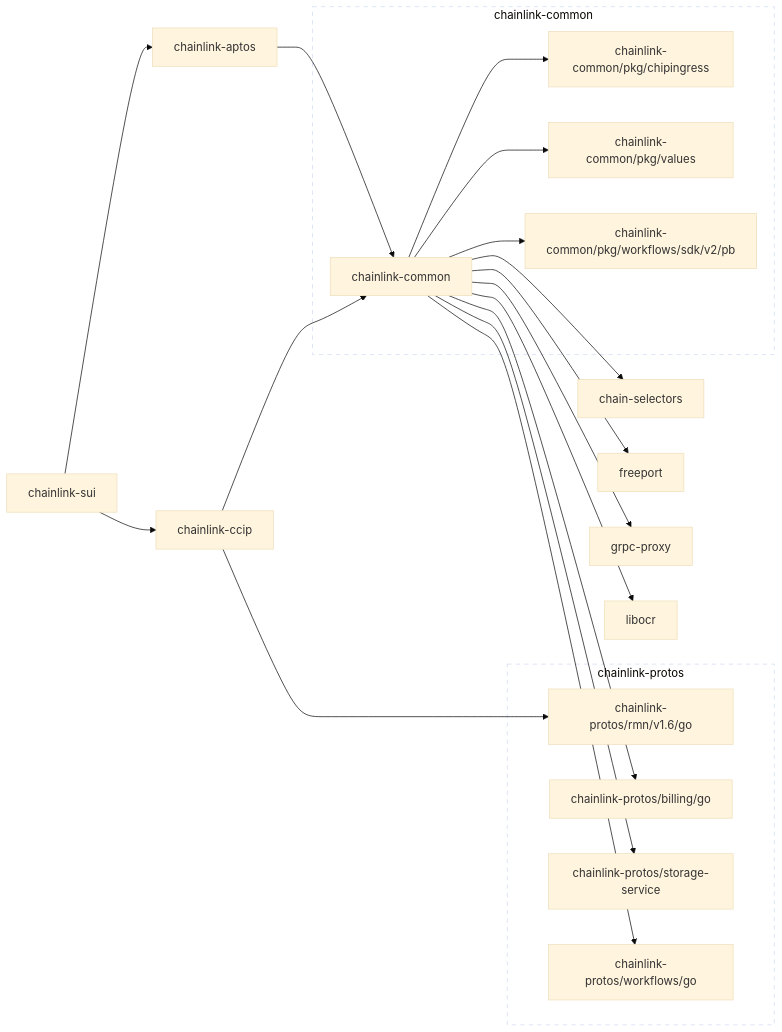
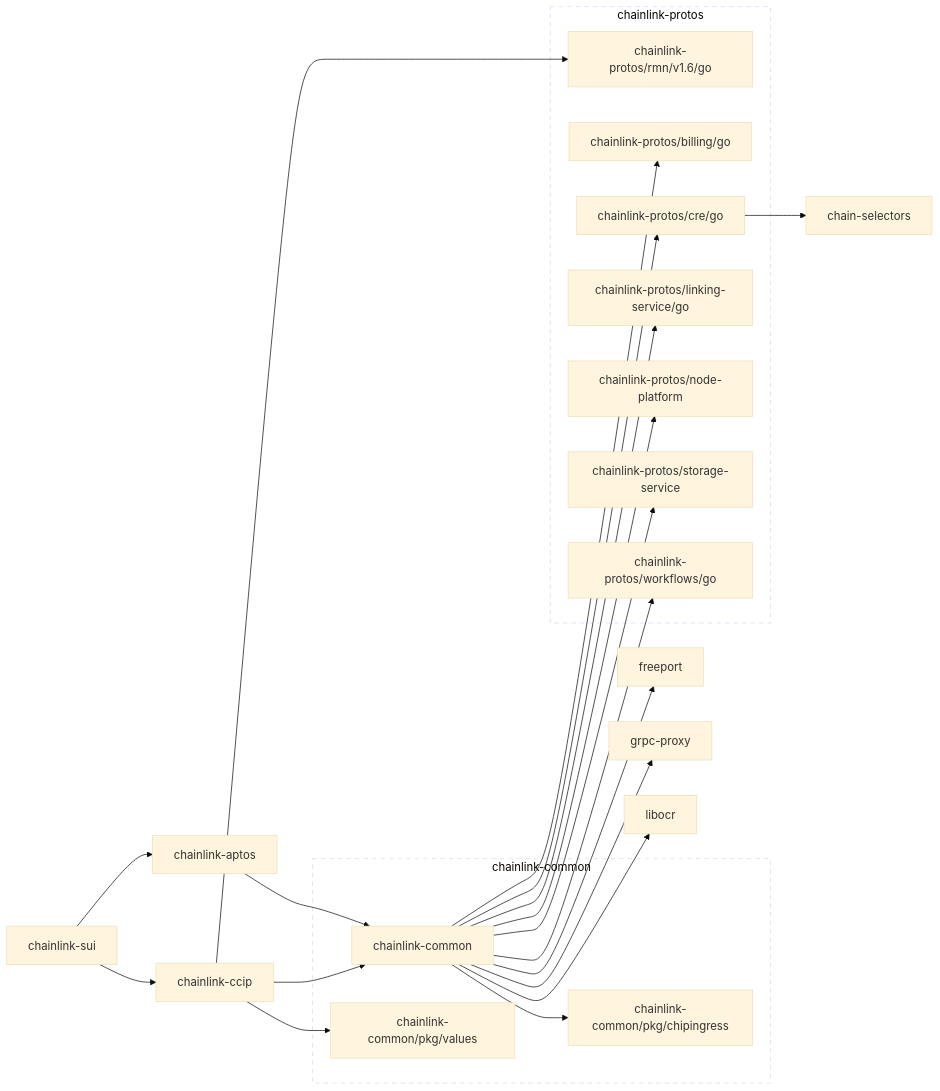
One commit to smartcontractkit/chainlink-sui changed the first of 2 diagrams in go.md. Above: the diagram before and after it, drawn with Mermaid (base theme). The commit also changed other lines of this file and 13 other files, not shown here.

First line of the commit message:
Update chainlink common + beholder changes (#343)

````diff
--- a/go.md
+++ b/go.md
@@ -3,64 +3,71 @@
 ```mermaid
 flowchart LR
 
 	chain-selectors
 	click chain-selectors href "https://github.com/smartcontractkit/chain-selectors"
 	chainlink-aptos --> chainlink-common
 	click chainlink-aptos href "https://github.com/smartcontractkit/chainlink-aptos"
 	chainlink-ccip --> chainlink-common
+	chainlink-ccip --> chainlink-common/pkg/values
 	chainlink-ccip --> chainlink-protos/rmn/v1.6/go
 	click chainlink-ccip href "https://github.com/smartcontractkit/chainlink-ccip"
-	chainlink-common --> chain-selectors
 	chainlink-common --> chainlink-common/pkg/chipingress
-	chainlink-common --> chainlink-common/pkg/values
-	chainlink-common --> chainlink-common/pkg/workflows/sdk/v2/pb
 	chainlink-common --> chainlink-protos/billing/go
+	chainlink-common --> chainlink-protos/cre/go
+	chainlink-common --> chainlink-protos/linking-service/go
+	chainlink-common --> chainlink-protos/node-platform
 	chainlink-common --> chainlink-protos/storage-service
 	chainlink-common --> chainlink-protos/workflows/go
 	chainlink-common --> freeport
 	chainlink-common --> grpc-proxy
 	chainlink-common --> libocr
 	click chainlink-common href "https://github.com/smartcontractkit/chainlink-common"
 	chainlink-common/pkg/chipingress
 	click chainlink-common/pkg/chipingress href "https://github.com/smartcontractkit/chainlink-common"
 	chainlink-common/pkg/values
 	click chainlink-common/pkg/values href "https://github.com/smartcontractkit/chainlink-common"
-	chainlink-common/pkg/workflows/sdk/v2/pb
-	click chainlink-common/pkg/workflows/sdk/v2/pb href "https://github.com/smartcontractkit/chainlink-common"
 	chainlink-protos/billing/go
 	click chainlink-protos/billing/go href "https://github.com/smartcontractkit/chainlink-protos"
+	chainlink-protos/cre/go --> chain-selectors
+	click chainlink-protos/cre/go href "https://github.com/smartcontractkit/chainlink-protos"
+	chainlink-protos/linking-service/go
+	click chainlink-protos/linking-service/go href "https://github.com/smartcontractkit/chainlink-protos"
+	chainlink-protos/node-platform
+	click chainlink-protos/node-platform href "https://github.com/smartcontractkit/chainlink-protos"
 	chainlink-protos/rmn/v1.6/go
 	click chainlink-protos/rmn/v1.6/go href "https://github.com/smartcontractkit/chainlink-protos"
 	chainlink-protos/storage-service
 	click chainlink-protos/storage-service href "https://github.com/smartcontractkit/chainlink-protos"
 	chainlink-protos/workflows/go
 	click chainlink-protos/workflows/go href "https://github.com/smartcontractkit/chainlink-protos"
 	chainlink-sui --> chainlink-aptos
 	chainlink-sui --> chainlink-ccip
 	click chainlink-sui href "https://github.com/smartcontractkit/chainlink-sui"
 	freeport
 	click freeport href "https://github.com/smartcontractkit/freeport"
 	grpc-proxy
 	click grpc-proxy href "https://github.com/smartcontractkit/grpc-proxy"
 	libocr
 	click libocr href "https://github.com/smartcontractkit/libocr"
 
 	subgraph chainlink-common-repo[chainlink-common]
 		 chainlink-common
 		 chainlink-common/pkg/chipingress
 		 chainlink-common/pkg/values
-		 chainlink-common/pkg/workflows/sdk/v2/pb
 	end
 	click chainlink-common-repo href "https://github.com/smartcontractkit/chainlink-common"
 
 	subgraph chainlink-protos-repo[chainlink-protos]
 		 chainlink-protos/billing/go
+		 chainlink-protos/cre/go
+		 chainlink-protos/linking-service/go
+		 chainlink-protos/node-platform
 		 chainlink-protos/rmn/v1.6/go
 		 chainlink-protos/storage-service
 		 chainlink-protos/workflows/go
 	end
 	click chainlink-protos-repo href "https://github.com/smartcontractkit/chainlink-protos"
 
 	classDef outline stroke-dasharray:6,fill:none;
 	class chainlink-common-repo,chainlink-protos-repo outline
 ```
````
